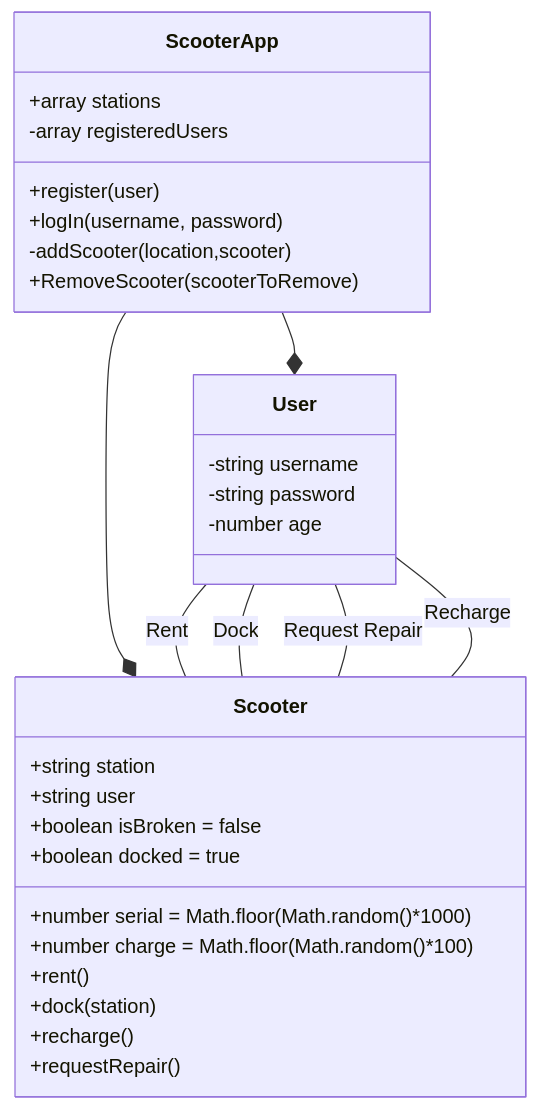
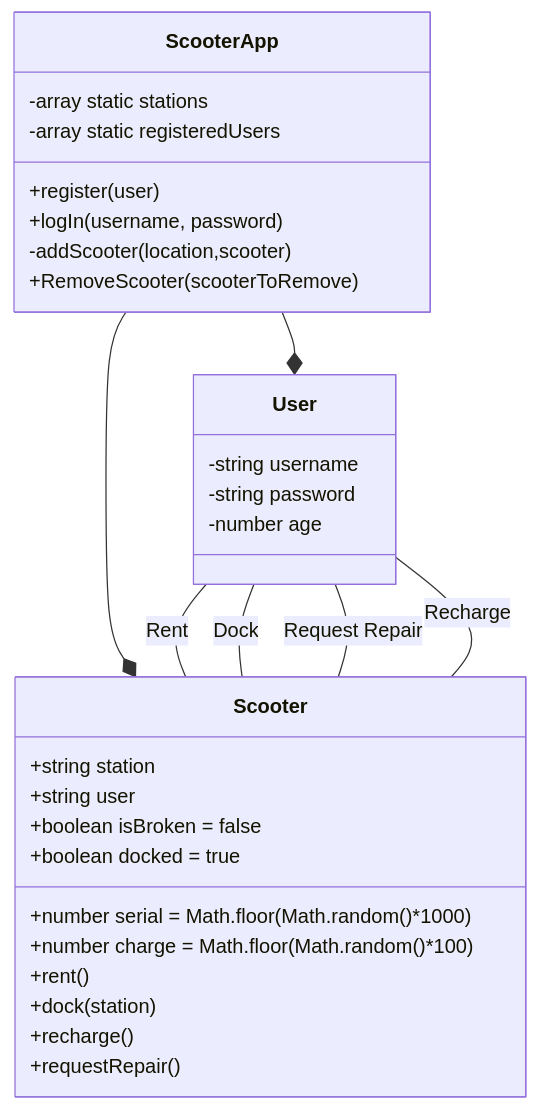
One commit to rafisfast/scooter-project changed the diagram in uml/classes.mmd. Above: the diagram before and after it, drawn with Mermaid. The commit also changed 1 other file, not shown here.

Commit message:
classes diagram static + private

```diff
--- a/uml/classes.mmd
+++ b/uml/classes.mmd
@@ -1,39 +1,39 @@
 classDiagram
 
     ScooterApp --* Scooter 
     ScooterApp --* User
 
     User -- Scooter: Rent
     User -- Scooter: Dock
     User -- Scooter: Request Repair
     User -- Scooter: Recharge
 
     class Scooter {
         +string station
         +string user
         +number serial = Math.floor(Math.random()*1000)
         +number charge = Math.floor(Math.random()*100)
         +boolean isBroken = false
         +boolean docked = true
 
         +rent()
         +dock(station)
         +recharge()
         +requestRepair()
     }
 
     class User {
         -string username
         -string password
         -number age 
     }
 
     class ScooterApp {
-        +array stations
-        -array registeredUsers 
+        -array static stations
+        -array static registeredUsers 
 
         +register(user)
         +logIn(username, password)
         -addScooter(location,scooter)
         +RemoveScooter(scooterToRemove)
     }
```
